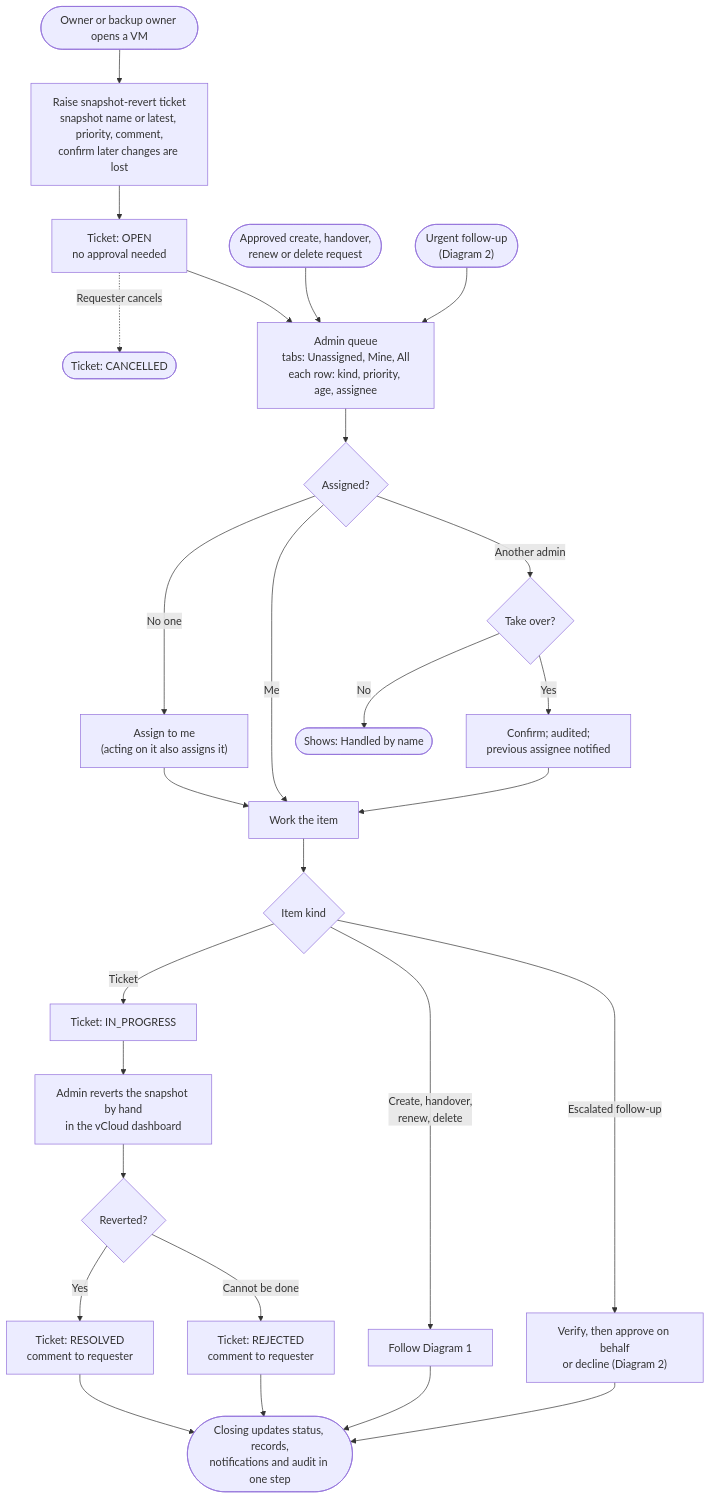
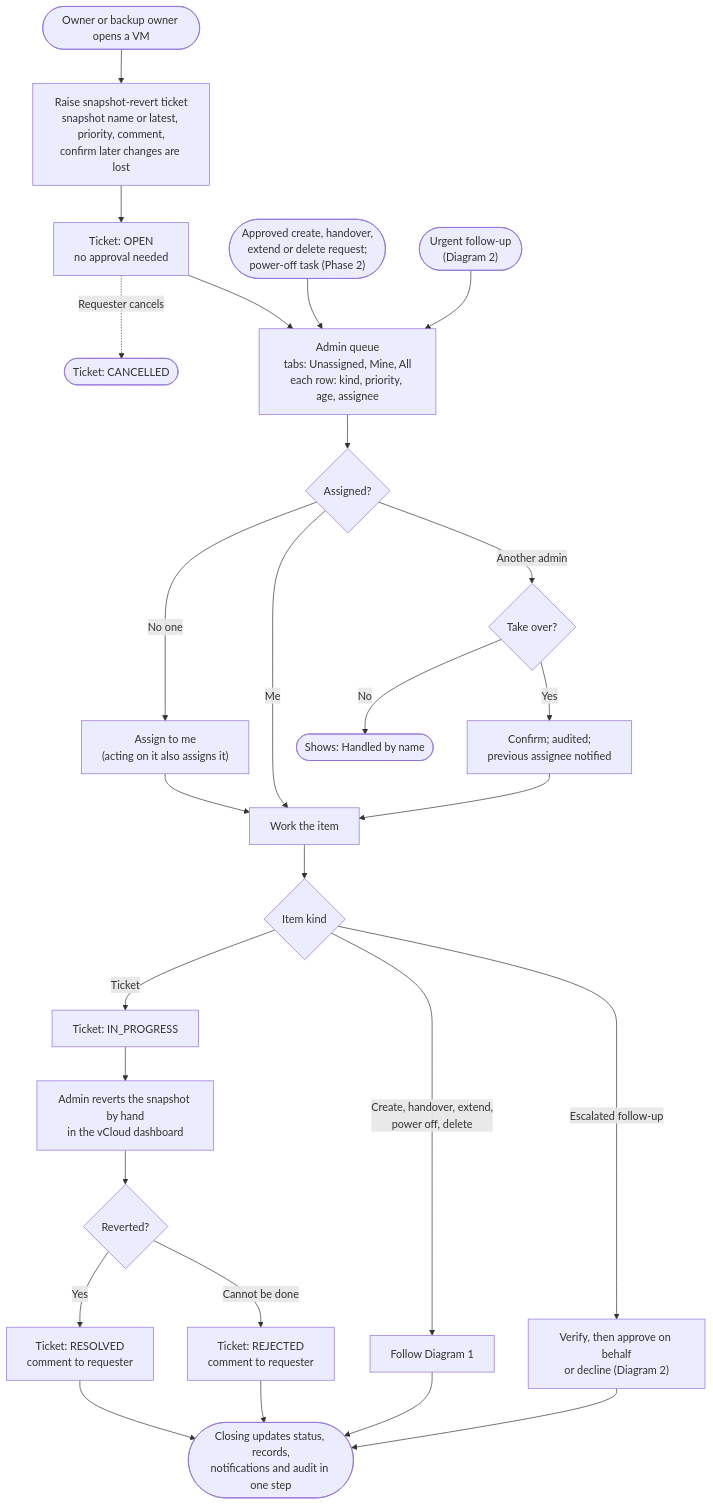
Before and after one commit to Priyo13o4/ServicesConsulting-VM-Portal: the diagram in docs/diagrams/5-admin-queue-and-tickets.mmd, drawn with Mermaid. The commit also changed 47 other files, not shown here.

```diff
--- a/docs/diagrams/5-admin-queue-and-tickets.mmd
+++ b/docs/diagrams/5-admin-queue-and-tickets.mmd
@@ -1,28 +1,28 @@
 %% VM Portal - Admin Queue (assign to me) and Support Tickets (snapshot revert)
 flowchart TD
     T0(["Owner or backup owner opens a VM"]) --> TForm["Raise snapshot-revert ticket<br/>snapshot name or latest, priority, comment,<br/>confirm later changes are lost"]
     TForm --> TOpen["Ticket: OPEN<br/>no approval needed"]
     TOpen -.->|"Requester cancels"| TCan(["Ticket: CANCELLED"])
     TOpen --> Q
-    ReqIn(["Approved create, handover,<br/>renew or delete request"]) --> Q
+    ReqIn(["Approved create, handover,<br/>extend or delete request;<br/>power-off task (Phase 2)"]) --> Q
     EscIn(["Urgent follow-up<br/>(Diagram 2)"]) --> Q
 
     Q["Admin queue<br/>tabs: Unassigned, Mine, All<br/>each row: kind, priority, age, assignee"] --> Who{"Assigned?"}
     Who -->|"No one"| Claim["Assign to me<br/>(acting on it also assigns it)"] --> Work
     Who -->|"Me"| Work["Work the item"]
     Who -->|"Another admin"| Other{"Take over?"}
     Other -->|No| Wait(["Shows: Handled by name"])
     Other -->|Yes| TakeOver["Confirm; audited;<br/>previous assignee notified"] --> Work
 
     Work --> Kind{"Item kind"}
     Kind -->|Ticket| TStart["Ticket: IN_PROGRESS"]
     TStart --> TRev["Admin reverts the snapshot by hand<br/>in the vCloud dashboard"]
     TRev --> TDone{"Reverted?"}
     TDone -->|Yes| TRes["Ticket: RESOLVED<br/>comment to requester"]
     TDone -->|"Cannot be done"| TRej["Ticket: REJECTED<br/>comment to requester"]
-    Kind -->|"Create, handover,<br/>renew, delete"| ReqWork["Follow Diagram 1"]
+    Kind -->|"Create, handover, extend,<br/>power off, delete"| ReqWork["Follow Diagram 1"]
     Kind -->|"Escalated follow-up"| EscWork["Verify, then approve on behalf<br/>or decline (Diagram 2)"]
     TRes --> Close(["Closing updates status, records,<br/>notifications and audit in one step"])
     TRej --> Close
     ReqWork --> Close
     EscWork --> Close
```
